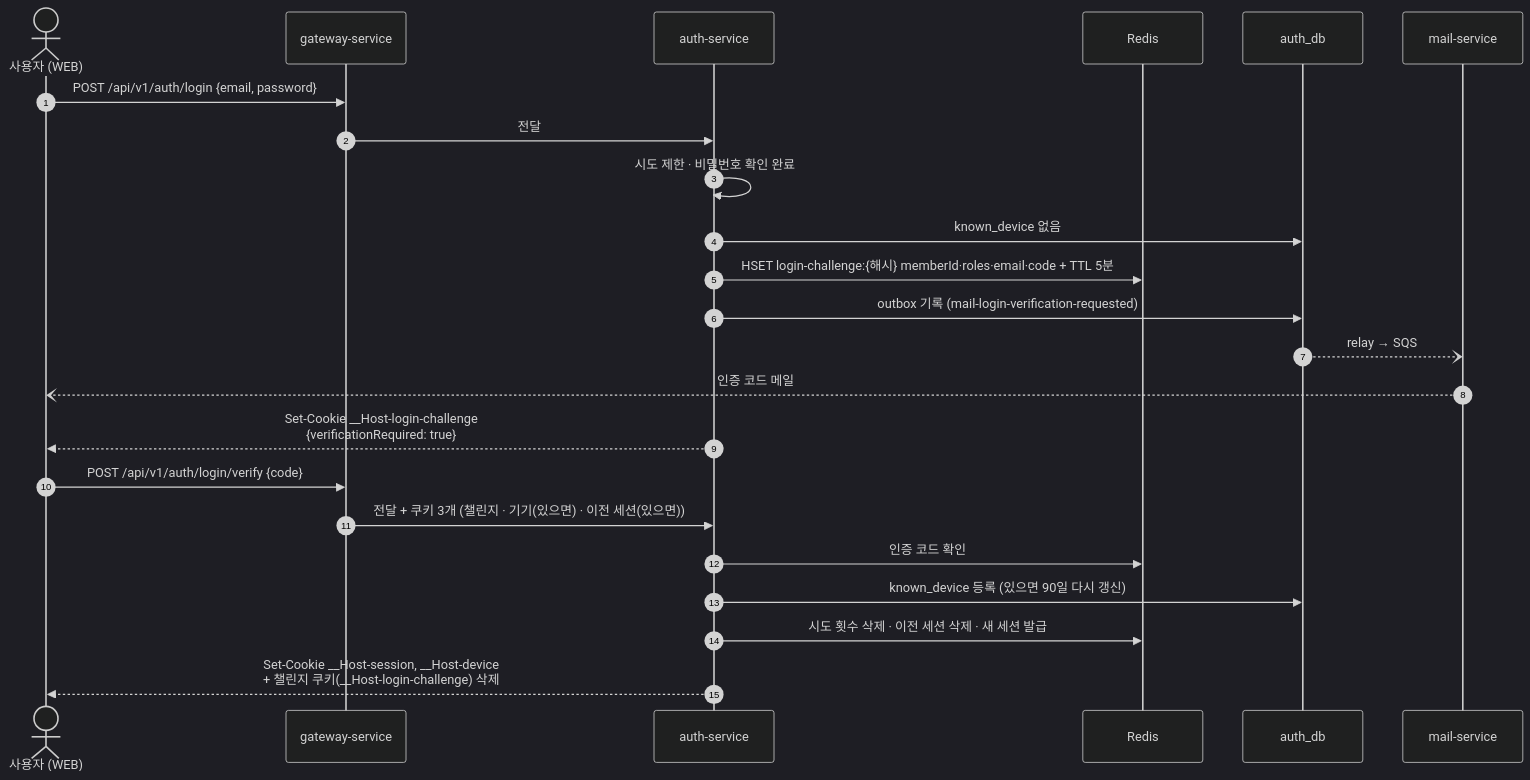
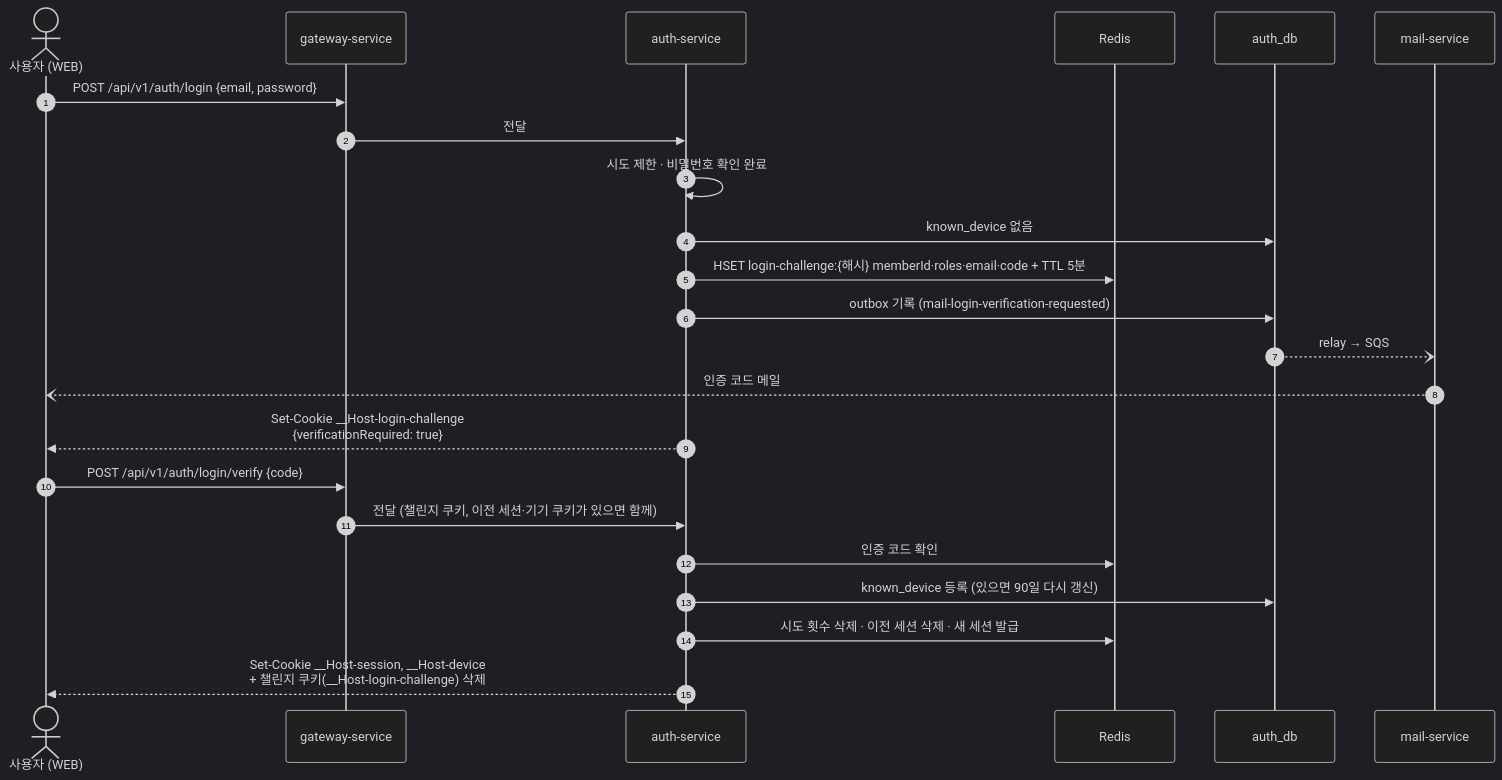
Before and after one commit to rivertw777/ModuDrive-API: the second of 4 diagrams in .docs/spec/004-auth-spec.md, drawn with Mermaid (dark theme). The commit also changed other lines of this file and 14 other files, not shown here.

````diff
--- a/.docs/spec/004-auth-spec.md
+++ b/.docs/spec/004-auth-spec.md
@@ -142,26 +147,26 @@
 ```mermaid
 sequenceDiagram
     autonumber
     actor U as 사용자 (WEB)
     participant G as gateway-service
     participant A as auth-service
     participant R as Redis
     participant D as auth_db
     participant Mail as mail-service
 
     U->>G: POST /api/v1/auth/login {email, password}
     G->>A: 전달
     A->>A: 시도 제한 · 비밀번호 확인 완료
     A->>D: known_device 없음
     A->>R: HSET login-challenge:{해시} memberId·roles·email·code + TTL 5분
     A->>D: outbox 기록 (mail-login-verification-requested)
     D--)Mail: relay → SQS
     Mail--)U: 인증 코드 메일
     A-->>U: Set-Cookie __Host-login-challenge<br/>{verificationRequired: true}
     U->>G: POST /api/v1/auth/login/verify {code}
-    G->>A: 전달 + 쿠키 3개 (챌린지 · 기기(있으면) · 이전 세션(있으면))
+    G->>A: 전달 (챌린지 쿠키, 이전 세션·기기 쿠키가 있으면 함께)
     A->>R: 인증 코드 확인
     A->>D: known_device 등록 (있으면 90일 다시 갱신)
     A->>R: 시도 횟수 삭제 · 이전 세션 삭제 · 새 세션 발급
     A-->>U: Set-Cookie __Host-session, __Host-device<br/>+ 챌린지 쿠키(__Host-login-challenge) 삭제
 ```
````
